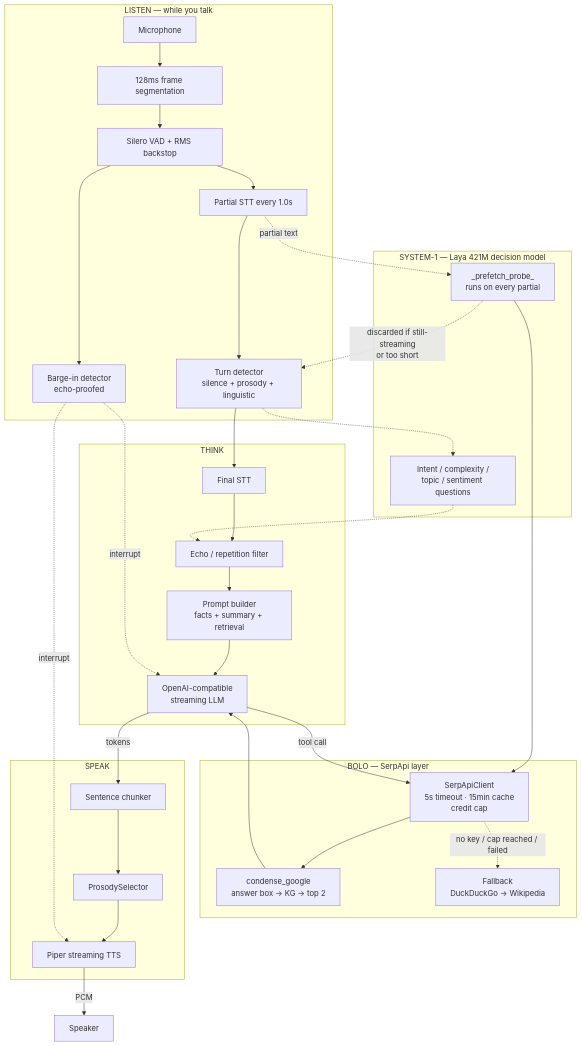
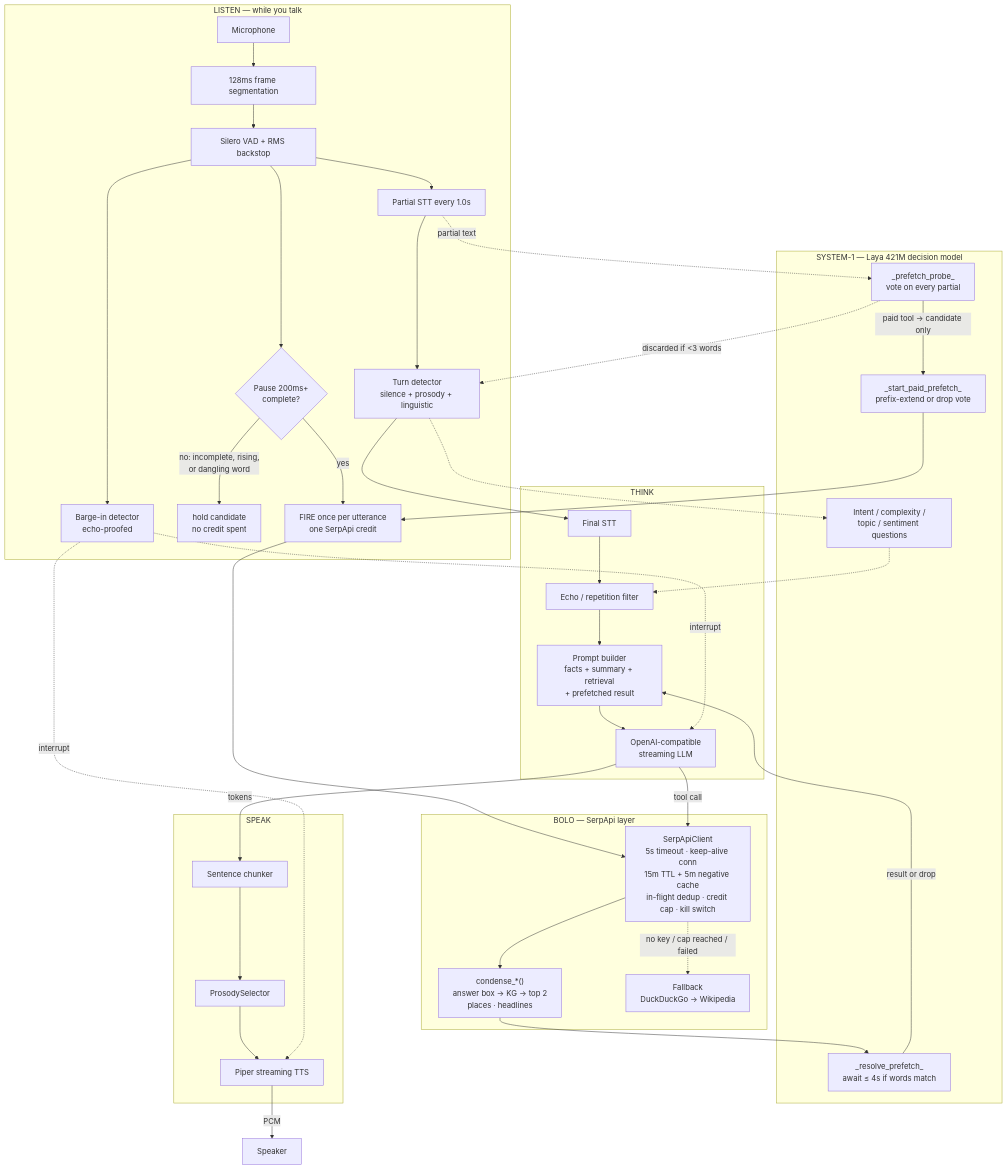
The diagram in README.md (Shindevrp/Bolo), drawn with Mermaid before and after one commit. The commit also changed other lines of this file and 8 other files, not shown here.

Commit message:
docs: update README for prefetch pause gate + add Bolo search-path diagram

````diff
--- a/README.md
+++ b/README.md
@@ -314,47 +368,56 @@
 ```mermaid
 flowchart TB
     subgraph Listen["LISTEN — while you talk"]
         MIC[Microphone] --> SEG[128ms frame segmentation]
         SEG --> VAD[Silero VAD + RMS backstop]
         VAD --> PSTT[Partial STT every 1.0s]
         PSTT --> TURN[Turn detector<br/>silence + prosody + linguistic]
         VAD --> BARGE[Barge-in detector<br/>echo-proofed]
+        VAD --> PAUSE{"Pause 200ms+<br/>complete?"}
+        PAUSE -->|"no: incomplete, rising,<br/>or dangling word"| HOLD["hold candidate<br/>no credit spent"]
+        PAUSE -->|"yes"| FIRE
     end
 
     subgraph S1["SYSTEM-1 — Laya 421M decision model"]
-        PREF[_prefetch_probe_<br/>runs on every partial]
+        PREF[_prefetch_probe_<br/>vote on every partial]
+        EXT[_start_paid_prefetch_<br/>prefix-extend or drop vote]
+        FIRE["FIRE once per utterance<br/>one SerpApi credit"]
+        WAIT[_resolve_prefetch_<br/>await ≤ 4s if words match]
         CLS[Intent / complexity /<br/>topic / sentiment questions]
+        PREF -->|paid tool → candidate only| EXT
+        EXT --> FIRE
     end
 
     subgraph Search["BOLO — SerpApi layer"]
-        CLIFF["SerpApiClient<br/>5s timeout · 15min cache<br/>credit cap"]
-        COND[condense_google<br/>answer box → KG → top 2]
+        CLIFF["SerpApiClient<br/>5s timeout · keep-alive conn<br/>15m TTL + 5m negative cache<br/>in-flight dedup · credit cap · kill switch"]
+        COND["condense_*()<br/>answer box → KG → top 2<br/>places · headlines"]
         FALL["Fallback<br/>DuckDuckGo → Wikipedia"]
     end
 
     subgraph Think["THINK"]
         STT2[Final STT] --> REP[Echo / repetition filter]
-        REP --> BUILDER[Prompt builder<br/>facts + summary + retrieval]
+        REP --> BUILDER[Prompt builder<br/>facts + summary + retrieval<br/>+ prefetched result]
         BUILDER --> LLM[OpenAI-compatible<br/>streaming LLM]
     end
 
     subgraph Speak["SPEAK"]
         CHUNK[Sentence chunker] --> PROS[ProsodySelector]
         PROS --> TTS[Piper streaming TTS]
     end
 
     TURN --> STT2
     PSTT -.->|partial text| PREF
-    PREF --> CLIFF
-    PREF -.->|discarded if still-streaming<br/>or too short| TURN
+    PREF -.->|discarded if <3 words| TURN
+    FIRE --> CLIFF
     CLIFF --> COND
     CLIFF -.->|no key / cap reached / failed| FALL
-    COND --> LLM
+    COND --> WAIT
+    WAIT -->|result or drop| BUILDER
     TURN -.-> CLS
     CLS -.-> REP
     LLM -->|tool call| CLIFF
     LLM -->|tokens| CHUNK
     TTS -->|PCM| OUT[Speaker]
     BARGE -.->|interrupt| LLM
     BARGE -.->|interrupt| TTS
 ```
````
